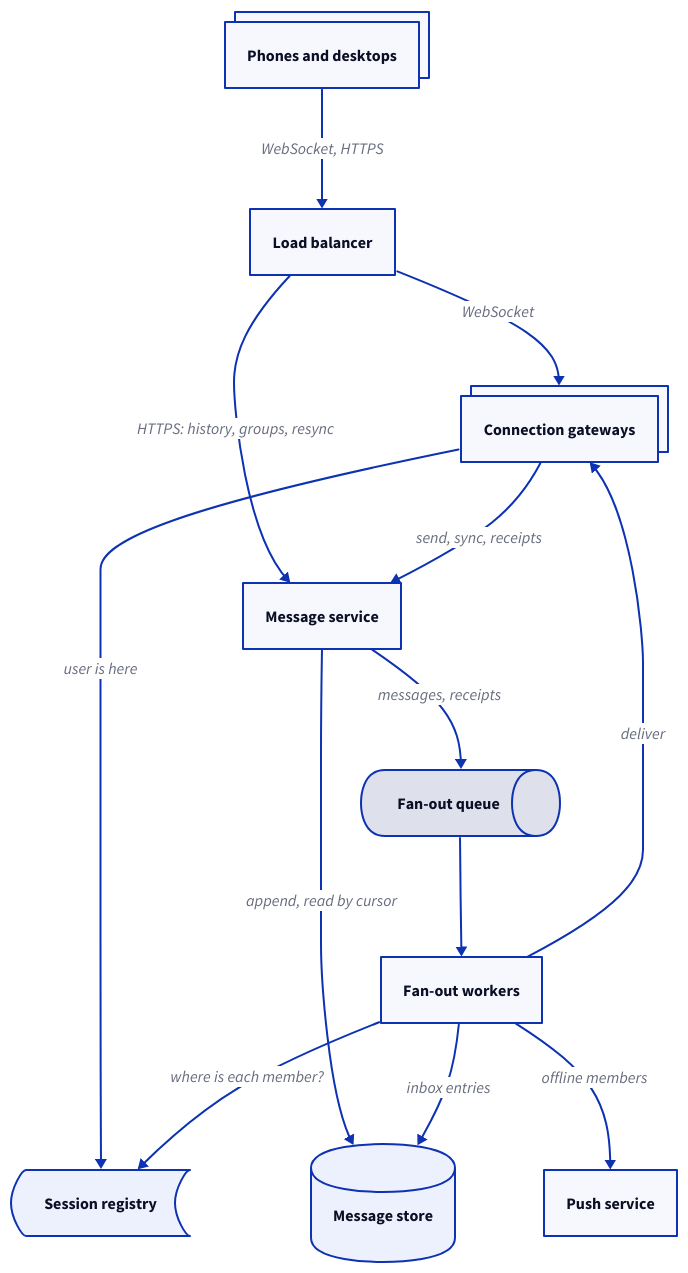
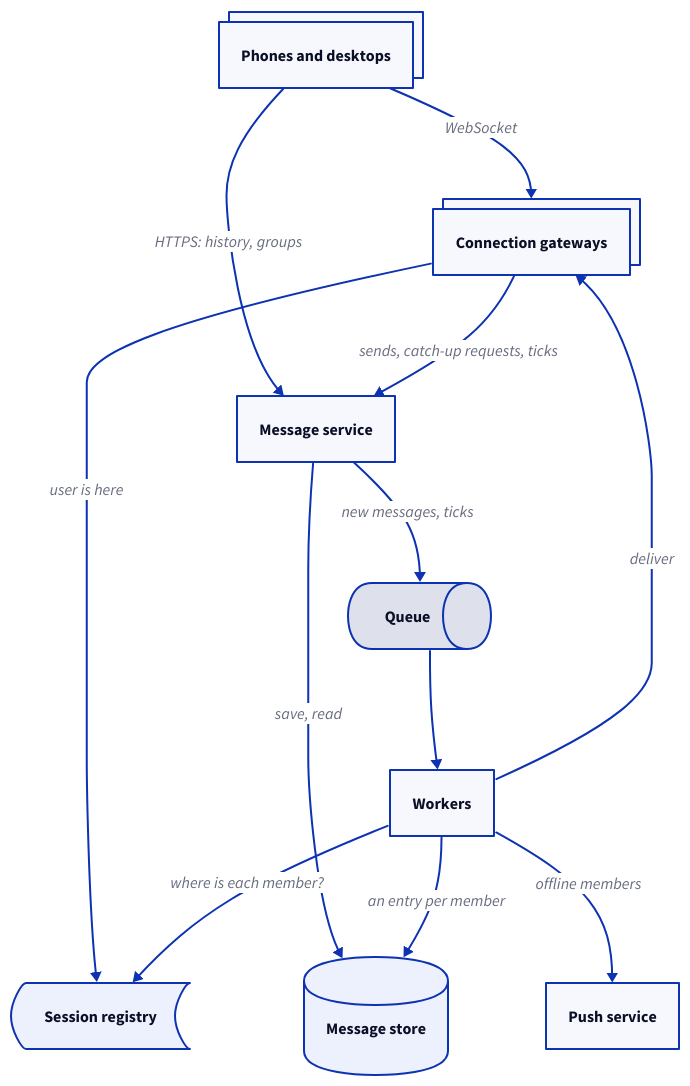
Before and after one commit to enbattle/til: the diagram in src/system-design/diagrams/messaging/architecture.d2, drawn with D2. The commit also changed 18 other files, not shown here.

```diff
--- a/src/system-design/diagrams/messaging/architecture.d2
+++ b/src/system-design/diagrams/messaging/architecture.d2
@@ -1,37 +1,35 @@
 # High-level architecture of the chat app: clients hold one WebSocket each to a
-# gateway; the message service orders and stores each message; fan-out workers
-# deliver it to the gateways holding the recipients, or hand off to push.
+# gateway; the message service orders and stores each message; workers deliver
+# it to the gateways holding the recipients, or hand off to push.
 direction: down
 
 clients: Phones and desktops {
   style.multiple: true
 }
-lb: Load balancer
 gw: Connection gateways {
   style.multiple: true
 }
 registry: Session registry {
   shape: stored_data
 }
 msg: Message service
 store: Message store {
   shape: cylinder
 }
-queue: Fan-out queue {
+queue: Queue {
   shape: queue
 }
-fanout: Fan-out workers
+workers: Workers
 push: Push service
 
-clients -> lb: "WebSocket, HTTPS"
-lb -> gw: "WebSocket"
-lb -> msg: "HTTPS: history, groups, resync"
+clients -> gw: "WebSocket"
+clients -> msg: "HTTPS: history, groups"
 gw -> registry: "user is here"
-gw -> msg: "send, sync, receipts"
-msg -> store: "append, read by cursor"
-msg -> queue: "messages, receipts"
-queue -> fanout
-fanout -> registry: "where is each member?"
-fanout -> store: "inbox entries"
-fanout -> gw: "deliver"
-fanout -> push: "offline members"
+gw -> msg: "sends, catch-up requests, ticks"
+msg -> store: "save, read"
+msg -> queue: "new messages, ticks"
+queue -> workers
+workers -> registry: "where is each member?"
+workers -> store: "an entry per member"
+workers -> gw: "deliver"
+workers -> push: "offline members"
```
